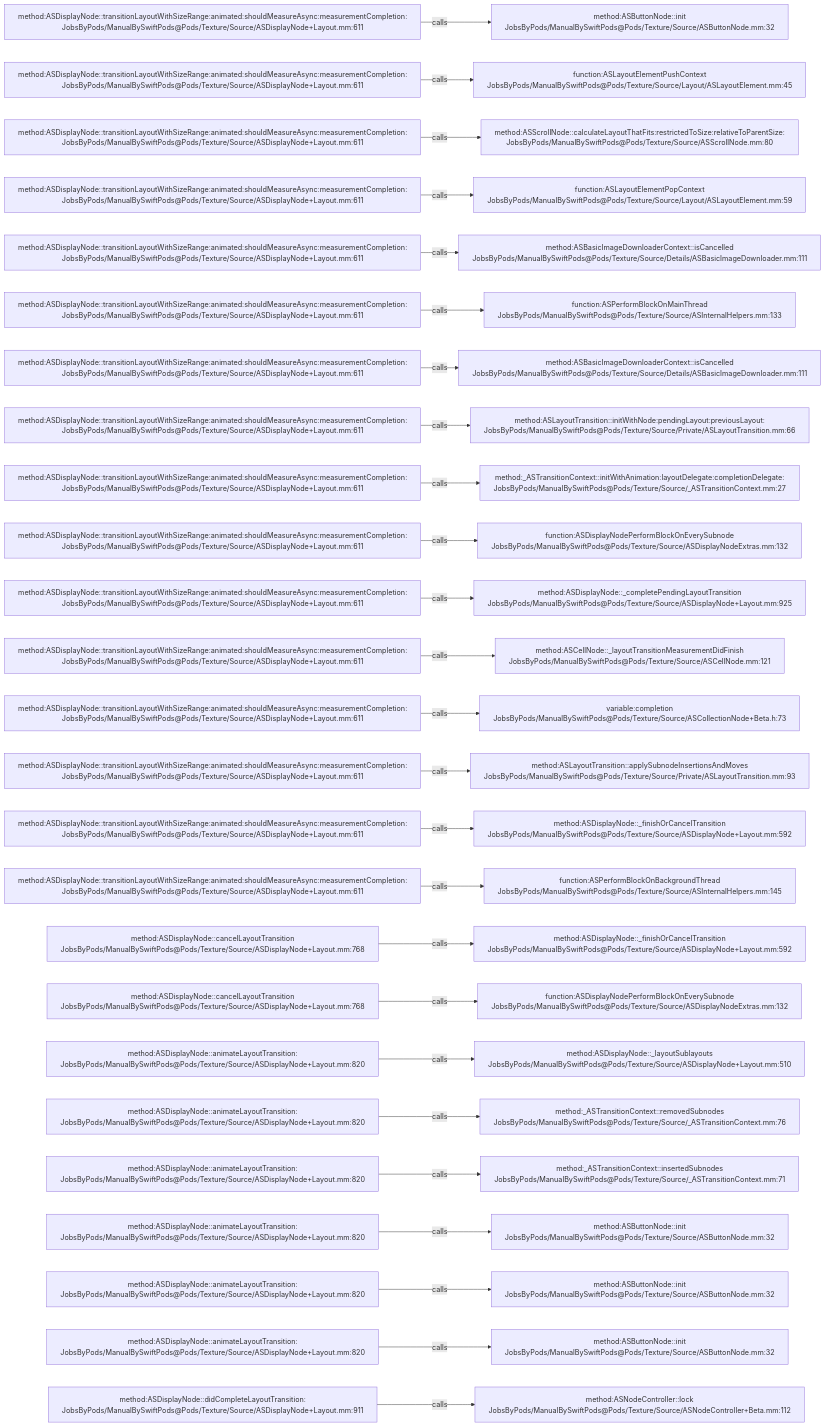
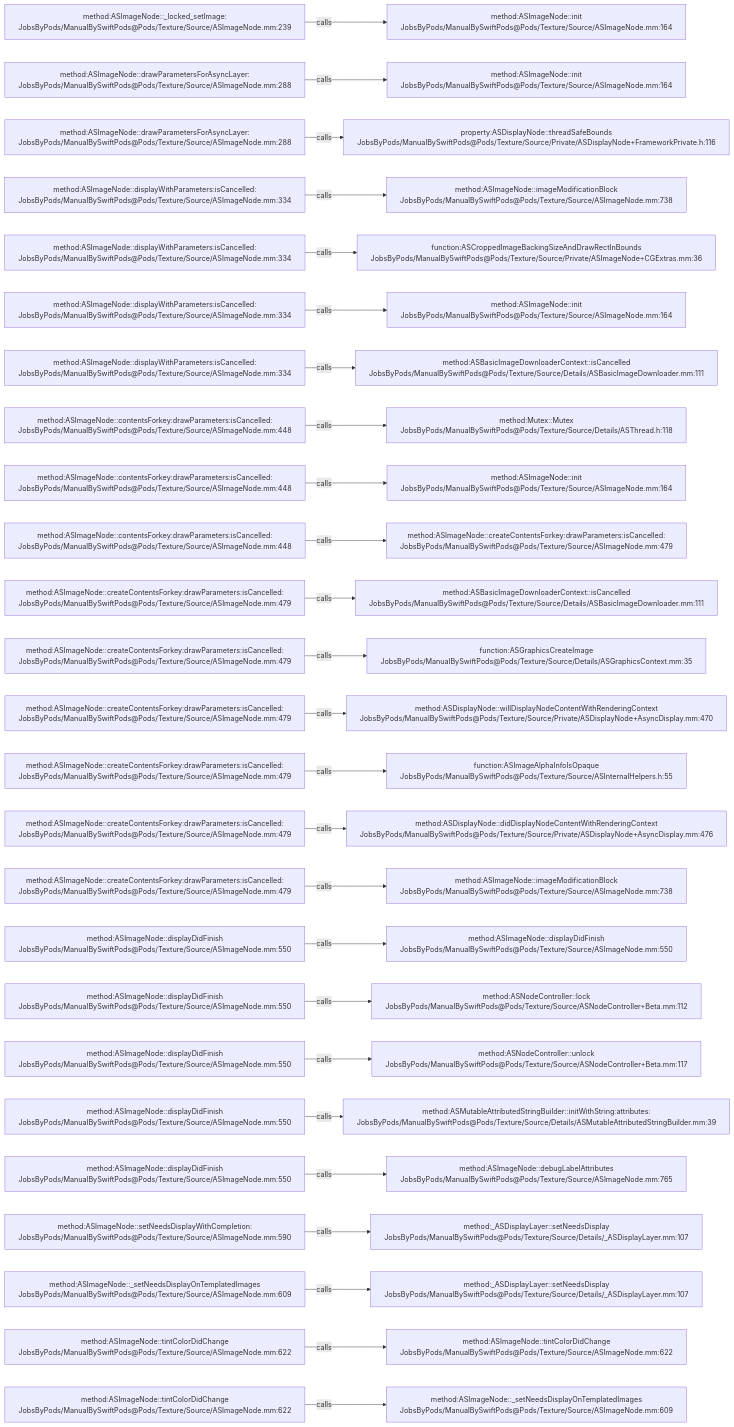
One commit to JobsKits/JobsSwiftBaseConfigDemo changed the diagram in .codegraph/codegraph.md/graphs/calls-042.md. Above: the diagram before and after it, drawn with Mermaid. The commit also changed 832 other files, not shown here.

````diff
--- a/.codegraph/codegraph.md/graphs/calls-042.md
+++ b/.codegraph/codegraph.md/graphs/calls-042.md
@@ -13,78 +13,78 @@
 ```mermaid
 flowchart LR
-  S1["method:ASDisplayNode::transitionLayoutWithSizeRange:animated:shouldMeasureAsync:measurementCompletion:<br/>JobsByPods/ManualBySwiftPods@Pods/Texture/Source/ASDisplayNode+Layout.mm:611"]
-  T1["method:ASButtonNode::init<br/>JobsByPods/ManualBySwiftPods@Pods/Texture/Source/ASButtonNode.mm:32"]
+  S1["method:ASImageNode::_locked_setImage:<br/>JobsByPods/ManualBySwiftPods@Pods/Texture/Source/ASImageNode.mm:239"]
+  T1["method:ASImageNode::init<br/>JobsByPods/ManualBySwiftPods@Pods/Texture/Source/ASImageNode.mm:164"]
   S1 -->|calls| T1
-  S2["method:ASDisplayNode::transitionLayoutWithSizeRange:animated:shouldMeasureAsync:measurementCompletion:<br/>JobsByPods/ManualBySwiftPods@Pods/Texture/Source/ASDisplayNode+Layout.mm:611"]
-  T2["function:ASLayoutElementPushContext<br/>JobsByPods/ManualBySwiftPods@Pods/Texture/Source/Layout/ASLayoutElement.mm:45"]
+  S2["method:ASImageNode::drawParametersForAsyncLayer:<br/>JobsByPods/ManualBySwiftPods@Pods/Texture/Source/ASImageNode.mm:288"]
+  T2["method:ASImageNode::init<br/>JobsByPods/ManualBySwiftPods@Pods/Texture/Source/ASImageNode.mm:164"]
   S2 -->|calls| T2
-  S3["method:ASDisplayNode::transitionLayoutWithSizeRange:animated:shouldMeasureAsync:measurementCompletion:<br/>JobsByPods/ManualBySwiftPods@Pods/Texture/Source/ASDisplayNode+Layout.mm:611"]
-  T3["method:ASScrollNode::calculateLayoutThatFits:restrictedToSize:relativeToParentSize:<br/>JobsByPods/ManualBySwiftPods@Pods/Texture/Source/ASScrollNode.mm:80"]
+  S3["method:ASImageNode::drawParametersForAsyncLayer:<br/>JobsByPods/ManualBySwiftPods@Pods/Texture/Source/ASImageNode.mm:288"]
+  T3["property:ASDisplayNode::threadSafeBounds<br/>JobsByPods/ManualBySwiftPods@Pods/Texture/Source/Private/ASDisplayNode+FrameworkPrivate.h:116"]
   S3 -->|calls| T3
-  S4["method:ASDisplayNode::transitionLayoutWithSizeRange:animated:shouldMeasureAsync:measurementCompletion:<br/>JobsByPods/ManualBySwiftPods@Pods/Texture/Source/ASDisplayNode+Layout.mm:611"]
-  T4["function:ASLayoutElementPopContext<br/>JobsByPods/ManualBySwiftPods@Pods/Texture/Source/Layout/ASLayoutElement.mm:59"]
+  S4["method:ASImageNode::displayWithParameters:isCancelled:<br/>JobsByPods/ManualBySwiftPods@Pods/Texture/Source/ASImageNode.mm:334"]
+  T4["method:ASImageNode::imageModificationBlock<br/>JobsByPods/ManualBySwiftPods@Pods/Texture/Source/ASImageNode.mm:738"]
   S4 -->|calls| T4
-  S5["method:ASDisplayNode::transitionLayoutWithSizeRange:animated:shouldMeasureAsync:measurementCompletion:<br/>JobsByPods/ManualBySwiftPods@Pods/Texture/Source/ASDisplayNode+Layout.mm:611"]
-  T5["method:ASBasicImageDownloaderContext::isCancelled<br/>JobsByPods/ManualBySwiftPods@Pods/Texture/Source/Details/ASBasicImageDownloader.mm:111"]
+  S5["method:ASImageNode::displayWithParameters:isCancelled:<br/>JobsByPods/ManualBySwiftPods@Pods/Texture/Source/ASImageNode.mm:334"]
+  T5["function:ASCroppedImageBackingSizeAndDrawRectInBounds<br/>JobsByPods/ManualBySwiftPods@Pods/Texture/Source/Private/ASImageNode+CGExtras.mm:36"]
   S5 -->|calls| T5
-  S6["method:ASDisplayNode::transitionLayoutWithSizeRange:animated:shouldMeasureAsync:measurementCompletion:<br/>JobsByPods/ManualBySwiftPods@Pods/Texture/Source/ASDisplayNode+Layout.mm:611"]
-  T6["function:ASPerformBlockOnMainThread<br/>JobsByPods/ManualBySwiftPods@Pods/Texture/Source/ASInternalHelpers.mm:133"]
+  S6["method:ASImageNode::displayWithParameters:isCancelled:<br/>JobsByPods/ManualBySwiftPods@Pods/Texture/Source/ASImageNode.mm:334"]
+  T6["method:ASImageNode::init<br/>JobsByPods/ManualBySwiftPods@Pods/Texture/Source/ASImageNode.mm:164"]
   S6 -->|calls| T6
-  S7["method:ASDisplayNode::transitionLayoutWithSizeRange:animated:shouldMeasureAsync:measurementCompletion:<br/>JobsByPods/ManualBySwiftPods@Pods/Texture/Source/ASDisplayNode+Layout.mm:611"]
+  S7["method:ASImageNode::displayWithParameters:isCancelled:<br/>JobsByPods/ManualBySwiftPods@Pods/Texture/Source/ASImageNode.mm:334"]
   T7["method:ASBasicImageDownloaderContext::isCancelled<br/>JobsByPods/ManualBySwiftPods@Pods/Texture/Source/Details/ASBasicImageDownloader.mm:111"]
   S7 -->|calls| T7
-  S8["method:ASDisplayNode::transitionLayoutWithSizeRange:animated:shouldMeasureAsync:measurementCompletion:<br/>JobsByPods/ManualBySwiftPods@Pods/Texture/Source/ASDisplayNode+Layout.mm:611"]
-  T8["method:ASLayoutTransition::initWithNode:pendingLayout:previousLayout:<br/>JobsByPods/ManualBySwiftPods@Pods/Texture/Source/Private/ASLayoutTransition.mm:66"]
+  S8["method:ASImageNode::contentsForkey:drawParameters:isCancelled:<br/>JobsByPods/ManualBySwiftPods@Pods/Texture/Source/ASImageNode.mm:448"]
+  T8["method:Mutex::Mutex<br/>JobsByPods/ManualBySwiftPods@Pods/Texture/Source/Details/ASThread.h:118"]
   S8 -->|calls| T8
-  S9["method:ASDisplayNode::transitionLayoutWithSizeRange:animated:shouldMeasureAsync:measurementCompletion:<br/>JobsByPods/ManualBySwiftPods@Pods/Texture/Source/ASDisplayNode+Layout.mm:611"]
-  T9["method:_ASTransitionContext::initWithAnimation:layoutDelegate:completionDelegate:<br/>JobsByPods/ManualBySwiftPods@Pods/Texture/Source/_ASTransitionContext.mm:27"]
+  S9["method:ASImageNode::contentsForkey:drawParameters:isCancelled:<br/>JobsByPods/ManualBySwiftPods@Pods/Texture/Source/ASImageNode.mm:448"]
+  T9["method:ASImageNode::init<br/>JobsByPods/ManualBySwiftPods@Pods/Texture/Source/ASImageNode.mm:164"]
   S9 -->|calls| T9
-  S10["method:ASDisplayNode::transitionLayoutWithSizeRange:animated:shouldMeasureAsync:measurementCompletion:<br/>JobsByPods/ManualBySwiftPods@Pods/Texture/Source/ASDisplayNode+Layout.mm:611"]
-  T10["function:ASDisplayNodePerformBlockOnEverySubnode<br/>JobsByPods/ManualBySwiftPods@Pods/Texture/Source/ASDisplayNodeExtras.mm:132"]
+  S10["method:ASImageNode::contentsForkey:drawParameters:isCancelled:<br/>JobsByPods/ManualBySwiftPods@Pods/Texture/Source/ASImageNode.mm:448"]
+  T10["method:ASImageNode::createContentsForkey:drawParameters:isCancelled:<br/>JobsByPods/ManualBySwiftPods@Pods/Texture/Source/ASImageNode.mm:479"]
   S10 -->|calls| T10
-  S11["method:ASDisplayNode::transitionLayoutWithSizeRange:animated:shouldMeasureAsync:measurementCompletion:<br/>JobsByPods/ManualBySwiftPods@Pods/Texture/Source/ASDisplayNode+Layout.mm:611"]
-  T11["method:ASDisplayNode::_completePendingLayoutTransition<br/>JobsByPods/ManualBySwiftPods@Pods/Texture/Source/ASDisplayNode+Layout.mm:925"]
+  S11["method:ASImageNode::createContentsForkey:drawParameters:isCancelled:<br/>JobsByPods/ManualBySwiftPods@Pods/Texture/Source/ASImageNode.mm:479"]
+  T11["method:ASBasicImageDownloaderContext::isCancelled<br/>JobsByPods/ManualBySwiftPods@Pods/Texture/Source/Details/ASBasicImageDownloader.mm:111"]
   S11 -->|calls| T11
-  S12["method:ASDisplayNode::transitionLayoutWithSizeRange:animated:shouldMeasureAsync:measurementCompletion:<br/>JobsByPods/ManualBySwiftPods@Pods/Texture/Source/ASDisplayNode+Layout.mm:611"]
-  T12["method:ASCellNode::_layoutTransitionMeasurementDidFinish<br/>JobsByPods/ManualBySwiftPods@Pods/Texture/Source/ASCellNode.mm:121"]
+  S12["method:ASImageNode::createContentsForkey:drawParameters:isCancelled:<br/>JobsByPods/ManualBySwiftPods@Pods/Texture/Source/ASImageNode.mm:479"]
+  T12["function:ASGraphicsCreateImage<br/>JobsByPods/ManualBySwiftPods@Pods/Texture/Source/Details/ASGraphicsContext.mm:35"]
   S12 -->|calls| T12
-  S13["method:ASDisplayNode::transitionLayoutWithSizeRange:animated:shouldMeasureAsync:measurementCompletion:<br/>JobsByPods/ManualBySwiftPods@Pods/Texture/Source/ASDisplayNode+Layout.mm:611"]
-  T13["variable:completion<br/>JobsByPods/ManualBySwiftPods@Pods/Texture/Source/ASCollectionNode+Beta.h:73"]
+  S13["method:ASImageNode::createContentsForkey:drawParameters:isCancelled:<br/>JobsByPods/ManualBySwiftPods@Pods/Texture/Source/ASImageNode.mm:479"]
+  T13["method:ASDisplayNode::willDisplayNodeContentWithRenderingContext<br/>JobsByPods/ManualBySwiftPods@Pods/Texture/Source/Private/ASDisplayNode+AsyncDisplay.mm:470"]
   S13 -->|calls| T13
-  S14["method:ASDisplayNode::transitionLayoutWithSizeRange:animated:shouldMeasureAsync:measurementCompletion:<br/>JobsByPods/ManualBySwiftPods@Pods/Texture/Source/ASDisplayNode+Layout.mm:611"]
-  T14["method:ASLayoutTransition::applySubnodeInsertionsAndMoves<br/>JobsByPods/ManualBySwiftPods@Pods/Texture/Source/Private/ASLayoutTransition.mm:93"]
+  S14["method:ASImageNode::createContentsForkey:drawParameters:isCancelled:<br/>JobsByPods/ManualBySwiftPods@Pods/Texture/Source/ASImageNode.mm:479"]
+  T14["function:ASImageAlphaInfoIsOpaque<br/>JobsByPods/ManualBySwiftPods@Pods/Texture/Source/ASInternalHelpers.h:55"]
   S14 -->|calls| T14
-  S15["method:ASDisplayNode::transitionLayoutWithSizeRange:animated:shouldMeasureAsync:measurementCompletion:<br/>JobsByPods/ManualBySwiftPods@Pods/Texture/Source/ASDisplayNode+Layout.mm:611"]
-  T15["method:ASDisplayNode::_finishOrCancelTransition<br/>JobsByPods/ManualBySwiftPods@Pods/Texture/Source/ASDisplayNode+Layout.mm:592"]
+  S15["method:ASImageNode::createContentsForkey:drawParameters:isCancelled:<br/>JobsByPods/ManualBySwiftPods@Pods/Texture/Source/ASImageNode.mm:479"]
+  T15["method:ASDisplayNode::didDisplayNodeContentWithRenderingContext<br/>JobsByPods/ManualBySwiftPods@Pods/Texture/Source/Private/ASDisplayNode+AsyncDisplay.mm:476"]
   S15 -->|calls| T15
-  S16["method:ASDisplayNode::transitionLayoutWithSizeRange:animated:shouldMeasureAsync:measurementCompletion:<br/>JobsByPods/ManualBySwiftPods@Pods/Texture/Source/ASDisplayNode+Layout.mm:611"]
-  T16["function:ASPerformBlockOnBackgroundThread<br/>JobsByPods/ManualBySwiftPods@Pods/Texture/Source/ASInternalHelpers.mm:145"]
+  S16["method:ASImageNode::createContentsForkey:drawParameters:isCancelled:<br/>JobsByPods/ManualBySwiftPods@Pods/Texture/Source/ASImageNode.mm:479"]
+  T16["method:ASImageNode::imageModificationBlock<br/>JobsByPods/ManualBySwiftPods@Pods/Texture/Source/ASImageNode.mm:738"]
   S16 -->|calls| T16
-  S17["method:ASDisplayNode::cancelLayoutTransition<br/>JobsByPods/ManualBySwiftPods@Pods/Texture/Source/ASDisplayNode+Layout.mm:768"]
-  T17["method:ASDisplayNode::_finishOrCancelTransition<br/>JobsByPods/ManualBySwiftPods@Pods/Texture/Source/ASDisplayNode+Layout.mm:592"]
+  S17["method:ASImageNode::displayDidFinish<br/>JobsByPods/ManualBySwiftPods@Pods/Texture/Source/ASImageNode.mm:550"]
+  T17["method:ASImageNode::displayDidFinish<br/>JobsByPods/ManualBySwiftPods@Pods/Texture/Source/ASImageNode.mm:550"]
   S17 -->|calls| T17
-  S18["method:ASDisplayNode::cancelLayoutTransition<br/>JobsByPods/ManualBySwiftPods@Pods/Texture/Source/ASDisplayNode+Layout.mm:768"]
-  T18["function:ASDisplayNodePerformBlockOnEverySubnode<br/>JobsByPods/ManualBySwiftPods@Pods/Texture/Source/ASDisplayNodeExtras.mm:132"]
+  S18["method:ASImageNode::displayDidFinish<br/>JobsByPods/ManualBySwiftPods@Pods/Texture/Source/ASImageNode.mm:550"]
+  T18["method:ASNodeController::lock<br/>JobsByPods/ManualBySwiftPods@Pods/Texture/Source/ASNodeController+Beta.mm:112"]
   S18 -->|calls| T18
-  S19["method:ASDisplayNode::animateLayoutTransition:<br/>JobsByPods/ManualBySwiftPods@Pods/Texture/Source/ASDisplayNode+Layout.mm:820"]
-  T19["method:ASDisplayNode::_layoutSublayouts<br/>JobsByPods/ManualBySwiftPods@Pods/Texture/Source/ASDisplayNode+Layout.mm:510"]
+  S19["method:ASImageNode::displayDidFinish<br/>JobsByPods/ManualBySwiftPods@Pods/Texture/Source/ASImageNode.mm:550"]
+  T19["method:ASNodeController::unlock<br/>JobsByPods/ManualBySwiftPods@Pods/Texture/Source/ASNodeController+Beta.mm:117"]
   S19 -->|calls| T19
-  S20["method:ASDisplayNode::animateLayoutTransition:<br/>JobsByPods/ManualBySwiftPods@Pods/Texture/Source/ASDisplayNode+Layout.mm:820"]
-  T20["method:_ASTransitionContext::removedSubnodes<br/>JobsByPods/ManualBySwiftPods@Pods/Texture/Source/_ASTransitionContext.mm:76"]
+  S20["method:ASImageNode::displayDidFinish<br/>JobsByPods/ManualBySwiftPods@Pods/Texture/Source/ASImageNode.mm:550"]
+  T20["method:ASMutableAttributedStringBuilder::initWithString:attributes:<br/>JobsByPods/ManualBySwiftPods@Pods/Texture/Source/Details/ASMutableAttributedStringBuilder.mm:39"]
   S20 -->|calls| T20
-  S21["method:ASDisplayNode::animateLayoutTransition:<br/>JobsByPods/ManualBySwiftPods@Pods/Texture/Source/ASDisplayNode+Layout.mm:820"]
-  T21["method:_ASTransitionContext::insertedSubnodes<br/>JobsByPods/ManualBySwiftPods@Pods/Texture/Source/_ASTransitionContext.mm:71"]
+  S21["method:ASImageNode::displayDidFinish<br/>JobsByPods/ManualBySwiftPods@Pods/Texture/Source/ASImageNode.mm:550"]
+  T21["method:ASImageNode::debugLabelAttributes<br/>JobsByPods/ManualBySwiftPods@Pods/Texture/Source/ASImageNode.mm:765"]
   S21 -->|calls| T21
-  S22["method:ASDisplayNode::animateLayoutTransition:<br/>JobsByPods/ManualBySwiftPods@Pods/Texture/Source/ASDisplayNode+Layout.mm:820"]
-  T22["method:ASButtonNode::init<br/>JobsByPods/ManualBySwiftPods@Pods/Texture/Source/ASButtonNode.mm:32"]
+  S22["method:ASImageNode::setNeedsDisplayWithCompletion:<br/>JobsByPods/ManualBySwiftPods@Pods/Texture/Source/ASImageNode.mm:590"]
+  T22["method:_ASDisplayLayer::setNeedsDisplay<br/>JobsByPods/ManualBySwiftPods@Pods/Texture/Source/Details/_ASDisplayLayer.mm:107"]
   S22 -->|calls| T22
-  S23["method:ASDisplayNode::animateLayoutTransition:<br/>JobsByPods/ManualBySwiftPods@Pods/Texture/Source/ASDisplayNode+Layout.mm:820"]
-  T23["method:ASButtonNode::init<br/>JobsByPods/ManualBySwiftPods@Pods/Texture/Source/ASButtonNode.mm:32"]
+  S23["method:ASImageNode::_setNeedsDisplayOnTemplatedImages<br/>JobsByPods/ManualBySwiftPods@Pods/Texture/Source/ASImageNode.mm:609"]
+  T23["method:_ASDisplayLayer::setNeedsDisplay<br/>JobsByPods/ManualBySwiftPods@Pods/Texture/Source/Details/_ASDisplayLayer.mm:107"]
   S23 -->|calls| T23
-  S24["method:ASDisplayNode::animateLayoutTransition:<br/>JobsByPods/ManualBySwiftPods@Pods/Texture/Source/ASDisplayNode+Layout.mm:820"]
-  T24["method:ASButtonNode::init<br/>JobsByPods/ManualBySwiftPods@Pods/Texture/Source/ASButtonNode.mm:32"]
+  S24["method:ASImageNode::tintColorDidChange<br/>JobsByPods/ManualBySwiftPods@Pods/Texture/Source/ASImageNode.mm:622"]
+  T24["method:ASImageNode::tintColorDidChange<br/>JobsByPods/ManualBySwiftPods@Pods/Texture/Source/ASImageNode.mm:622"]
   S24 -->|calls| T24
-  S25["method:ASDisplayNode::didCompleteLayoutTransition:<br/>JobsByPods/ManualBySwiftPods@Pods/Texture/Source/ASDisplayNode+Layout.mm:911"]
-  T25["method:ASNodeController::lock<br/>JobsByPods/ManualBySwiftPods@Pods/Texture/Source/ASNodeController+Beta.mm:112"]
+  S25["method:ASImageNode::tintColorDidChange<br/>JobsByPods/ManualBySwiftPods@Pods/Texture/Source/ASImageNode.mm:622"]
+  T25["method:ASImageNode::_setNeedsDisplayOnTemplatedImages<br/>JobsByPods/ManualBySwiftPods@Pods/Texture/Source/ASImageNode.mm:609"]
   S25 -->|calls| T25
 ```
````
